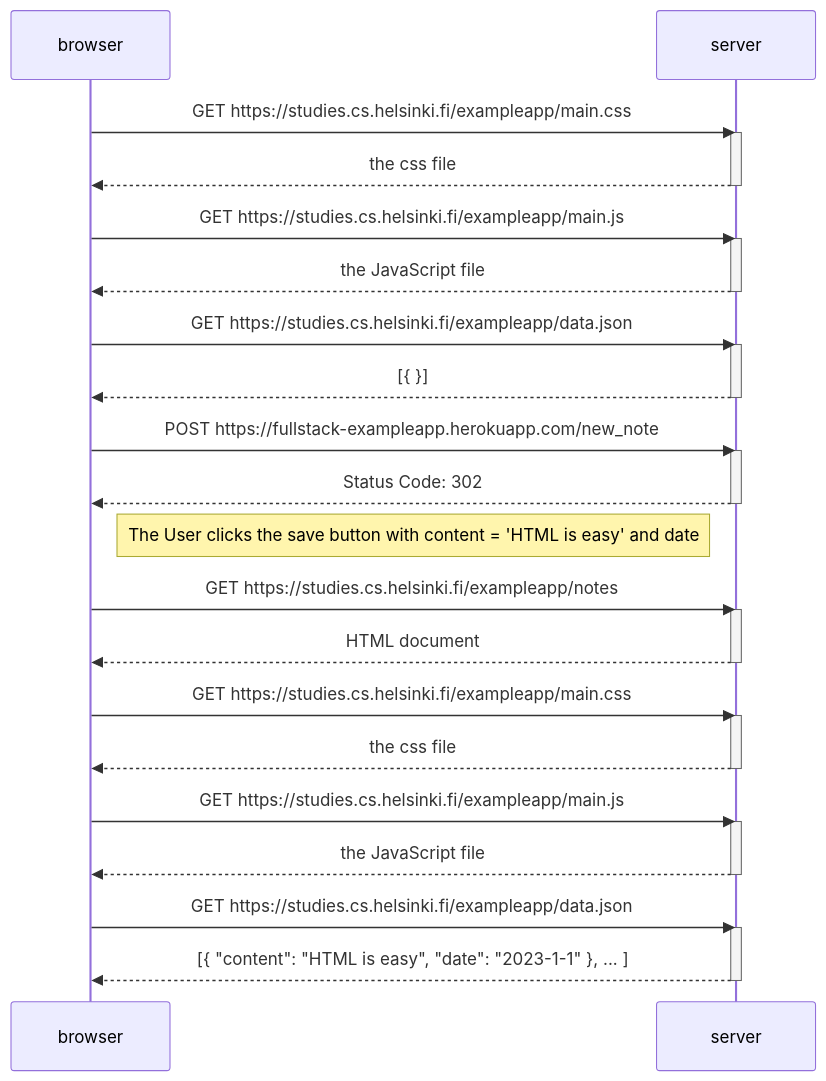
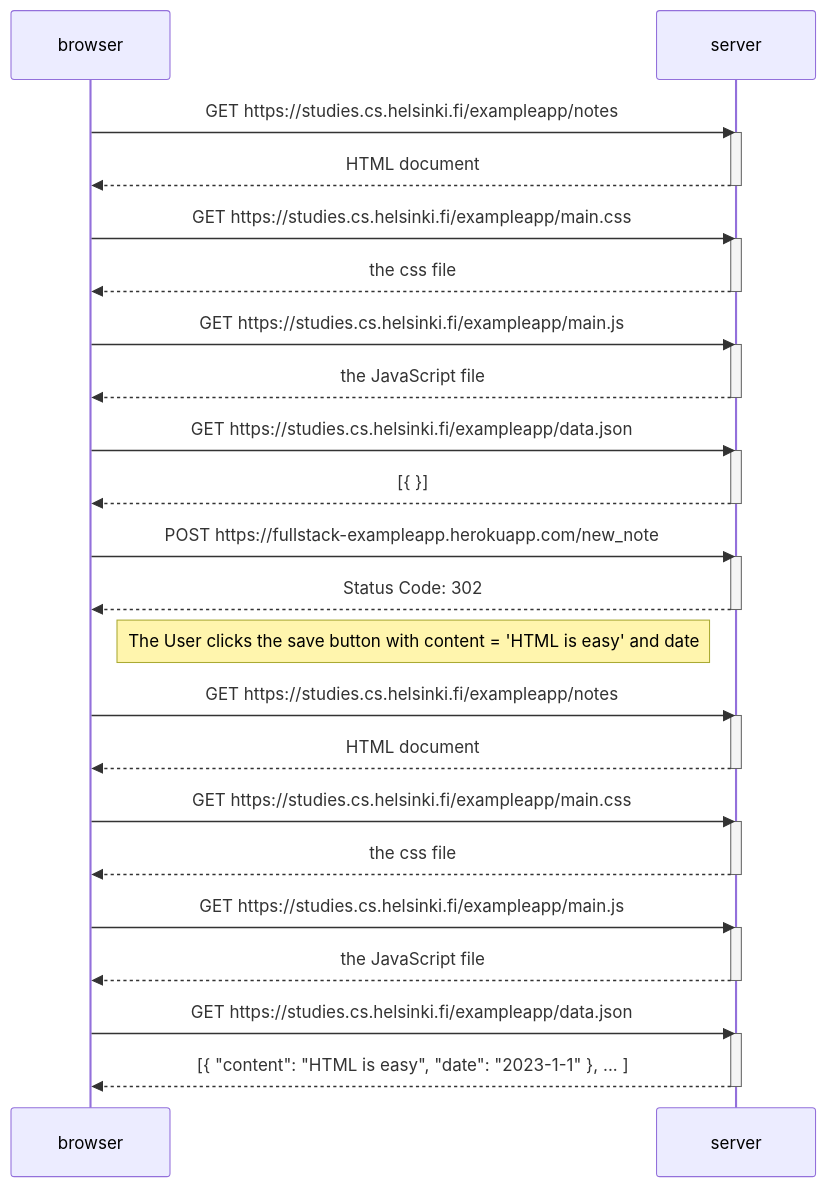
The diagram in part0/0.4 New Note Diagram.md (MrSully97/fullstackopen), drawn with Mermaid before and after one commit.

Commit message:
Update 0.4 New Note Diagram.md

````diff
--- a/part0/0.4 New Note Diagram.md
+++ b/part0/0.4 New Note Diagram.md
@@ -1,48 +1,53 @@
 ```mermaid
 sequenceDiagram
   participant browser
   participant server
+
+  browser->>server: GET https://studies.cs.helsinki.fi/exampleapp/notes
+  activate server
+  server-->>browser: HTML document
+  deactivate server
 
   browser->>server: GET https://studies.cs.helsinki.fi/exampleapp/main.css
   activate server
   server-->>browser: the css file
   deactivate server
 
   browser->>server: GET https://studies.cs.helsinki.fi/exampleapp/main.js
   activate server
   server-->>browser: the JavaScript file
   deactivate server
 
   browser->>server: GET https://studies.cs.helsinki.fi/exampleapp/data.json
   activate server
   server-->>browser: [{ }]
   deactivate server
 
   browser->>server: POST https://fullstack-exampleapp.herokuapp.com/new_note
   activate server
   server-->>browser: Status Code: 302
   deactivate server
 
   Note right of browser: The User clicks the save button with content = 'HTML is easy' and date
 
   browser->>server: GET https://studies.cs.helsinki.fi/exampleapp/notes
   activate server
   server-->>browser: HTML document
   deactivate server
 
   browser->>server: GET https://studies.cs.helsinki.fi/exampleapp/main.css
   activate server
   server-->>browser: the css file
   deactivate server
 
   browser->>server: GET https://studies.cs.helsinki.fi/exampleapp/main.js
   activate server
   server-->>browser: the JavaScript file
   deactivate server
 
   browser->>server: GET https://studies.cs.helsinki.fi/exampleapp/data.json
   activate server
   server-->>browser: [{ "content": "HTML is easy", "date": "2023-1-1" }, ... ]
   deactivate server
 
 ```
````
